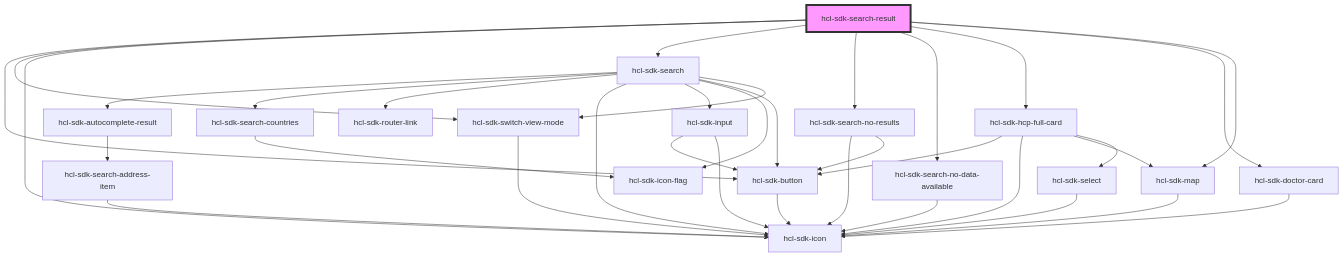
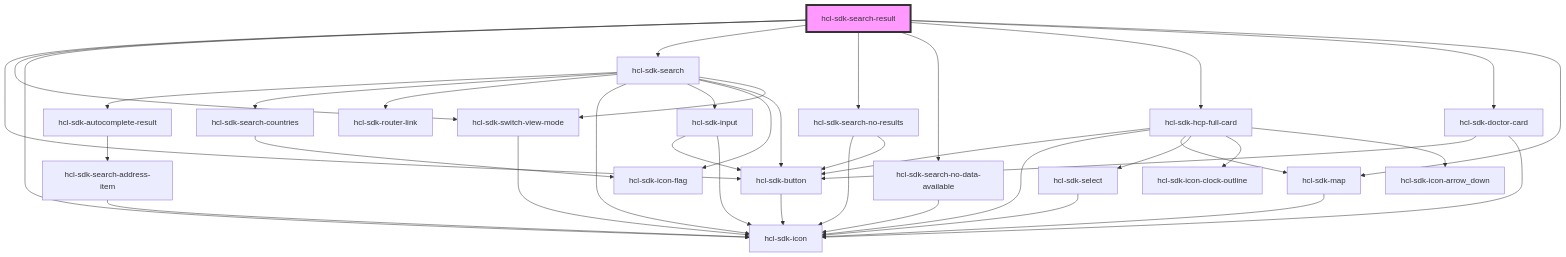
The diagram in packages/hcl-sdk-web-ui/docs/components/screens/hcl-sdk-search-result/readme.md (hcl-sdk/HealthCareLocatorWebSDK), drawn with Mermaid before and after one commit. The commit also changed 7 other files, not shown here.

````diff
--- a/packages/hcl-sdk-web-ui/docs/components/screens/hcl-sdk-search-result/readme.md
+++ b/packages/hcl-sdk-web-ui/docs/components/screens/hcl-sdk-search-result/readme.md
@@ -23,38 +23,41 @@
 ```mermaid
 graph TD;
   hcl-sdk-search-result --> hcl-sdk-button
   hcl-sdk-search-result --> hcl-sdk-switch-view-mode
   hcl-sdk-search-result --> hcl-sdk-icon
   hcl-sdk-search-result --> hcl-sdk-search
   hcl-sdk-search-result --> hcl-sdk-search-no-results
   hcl-sdk-search-result --> hcl-sdk-search-no-data-available
   hcl-sdk-search-result --> hcl-sdk-hcp-full-card
   hcl-sdk-search-result --> hcl-sdk-doctor-card
   hcl-sdk-search-result --> hcl-sdk-map
   hcl-sdk-button --> hcl-sdk-icon
   hcl-sdk-switch-view-mode --> hcl-sdk-icon
   hcl-sdk-search --> hcl-sdk-autocomplete-result
   hcl-sdk-search --> hcl-sdk-search-countries
   hcl-sdk-search --> hcl-sdk-router-link
   hcl-sdk-search --> hcl-sdk-icon
   hcl-sdk-search --> hcl-sdk-input
   hcl-sdk-search --> hcl-sdk-icon-flag
   hcl-sdk-search --> hcl-sdk-button
   hcl-sdk-search --> hcl-sdk-switch-view-mode
   hcl-sdk-autocomplete-result --> hcl-sdk-search-address-item
   hcl-sdk-search-address-item --> hcl-sdk-icon
   hcl-sdk-search-countries --> hcl-sdk-icon-flag
   hcl-sdk-input --> hcl-sdk-button
   hcl-sdk-input --> hcl-sdk-icon
   hcl-sdk-search-no-results --> hcl-sdk-icon
   hcl-sdk-search-no-results --> hcl-sdk-button
   hcl-sdk-search-no-data-available --> hcl-sdk-icon
   hcl-sdk-hcp-full-card --> hcl-sdk-button
   hcl-sdk-hcp-full-card --> hcl-sdk-icon
   hcl-sdk-hcp-full-card --> hcl-sdk-map
   hcl-sdk-hcp-full-card --> hcl-sdk-select
+  hcl-sdk-hcp-full-card --> hcl-sdk-icon-clock-outline
+  hcl-sdk-hcp-full-card --> hcl-sdk-icon-arrow_down
   hcl-sdk-map --> hcl-sdk-icon
   hcl-sdk-select --> hcl-sdk-icon
+  hcl-sdk-doctor-card --> hcl-sdk-button
   hcl-sdk-doctor-card --> hcl-sdk-icon
   style hcl-sdk-search-result fill:#f9f,stroke:#333,stroke-width:4px
 ```
````
